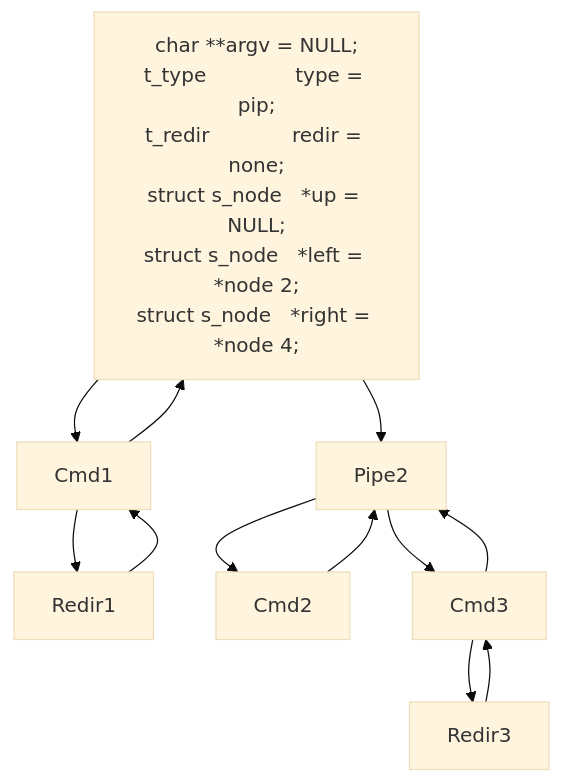
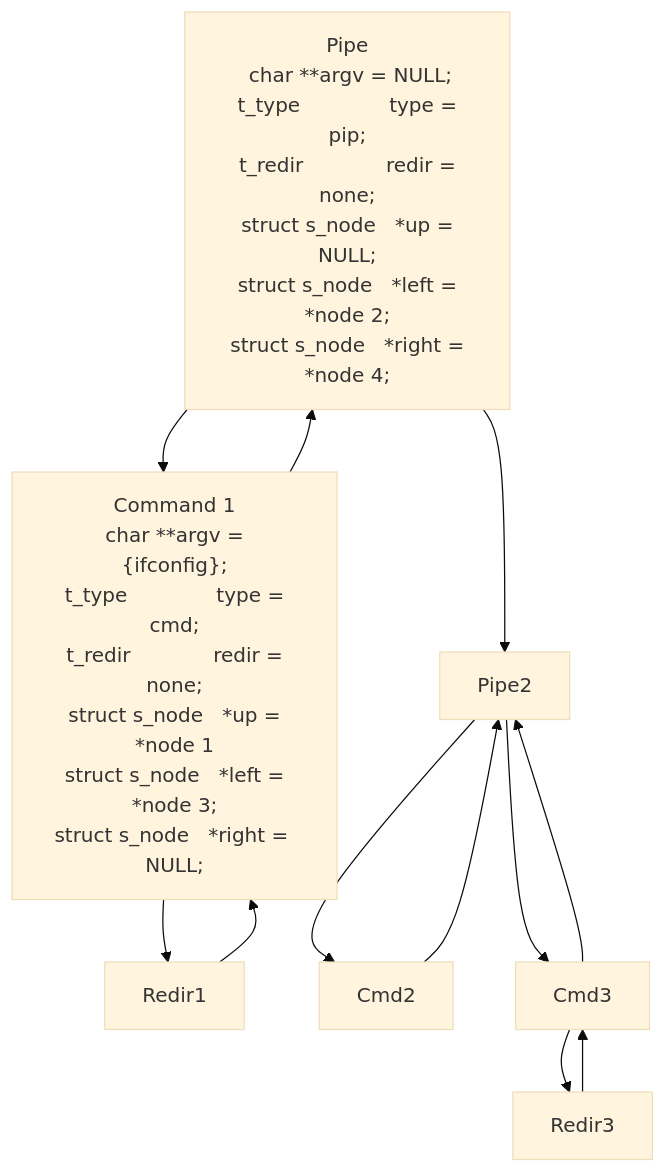
Before and after one commit to Makasabi/minishell_42: the diagram in README.md, drawn with Mermaid (base theme).

````diff
--- a/README.md
+++ b/README.md
@@ -50,20 +50,28 @@
 ```mermaid
 graph TD;
-Pipe1["` char **argv = NULL;
+Pipe1["Pipe
+ char **argv = NULL;
  t_type              type = pip;
  t_redir             redir = none;
  struct s_node   *up = NULL;
  struct s_node   *left = *node 2;
- struct s_node   *right = *node 4;`"]
+ struct s_node   *right = *node 4;"]
+Cmd1["Command 1
+ char **argv = {ifconfig};
+ t_type              type = cmd;
+ t_redir             redir = none;
+ struct s_node   *up = *node 1
+ struct s_node   *left = *node 3;
+struct s_node   *right = NULL;"]
    Pipe1-->Cmd1;
    Cmd1-->Pipe1;
    Cmd1-->Redir1;
    Redir1-->Cmd1;
    Pipe1-->Pipe2;
    Pipe2-->Cmd2;
    Cmd2-->Pipe2;
    Pipe2-->Cmd3;
    Cmd3-->Pipe2;
    Cmd3-->Redir3;
    Redir3-->Cmd3;
 ```
````
